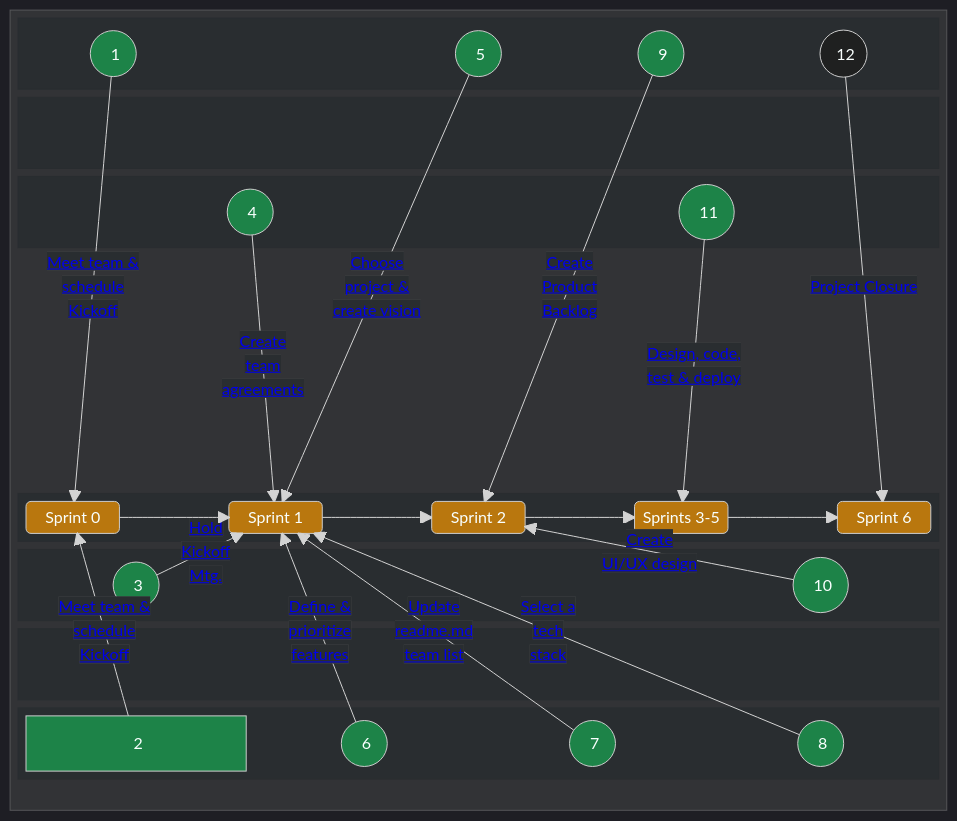
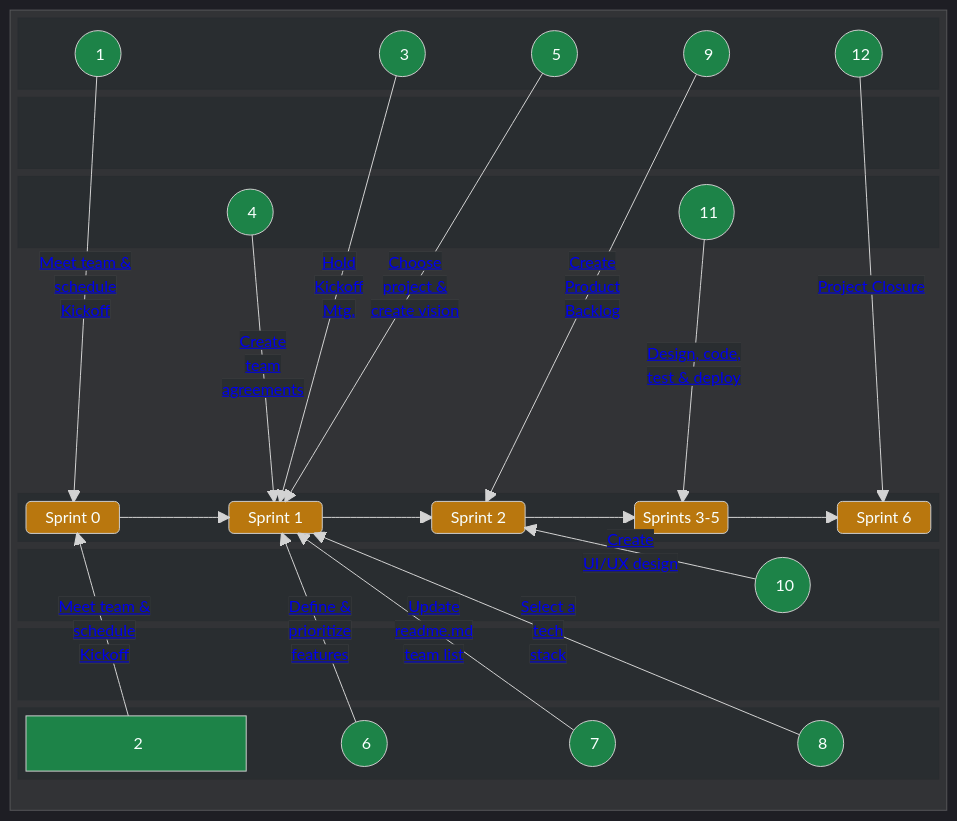
One commit to chingu-voyages/Handbook changed the first of 2 diagrams in docs/guides/voyage/voyage.md. Above: the diagram before and after it, drawn with Mermaid.

Commit message:
Feature: Define Sprint 0 details [WIP]

```diff
--- a/docs/guides/voyage/voyage.md
+++ b/docs/guides/voyage/voyage.md
@@ -81,6 +81,7 @@
         columns 11
         A1(("&nbsp;&nbsp;&nbsp; 1 &nbsp;&nbsp;"))
         space
+        A3(("&nbsp;&nbsp;&nbsp; 3 &nbsp;&nbsp;"))
         A5(("&nbsp;&nbsp;&nbsp; 5 &nbsp;&nbsp;"))
         A9(("&nbsp;&nbsp;&nbsp; 9 &nbsp;&nbsp;"))
         A12(("&nbsp;&nbsp;&nbsp;12 &nbsp;"))
@@ -110,7 +111,6 @@
       end
       block:BOTTOML1
         columns 11
-        A3(("&nbsp;&nbsp;&nbsp; 3 &nbsp;&nbsp;"))
         space
         space
         A10(("&nbsp;&nbsp;&nbsp; 10 &nbsp;&nbsp;")) 
@@ -164,6 +164,7 @@
     style A9 color:#f0f6fc,fill:#1d8348
     style A10 color:#f0f6fc,fill:#1d8348
     style A11 color:#f0f6fc,fill:#1d8348
+    style A12 color:#f0f6fc,fill:#1d8348
 
     style SPRINT0 color:#f0f6fc,fill:#b9770e
     style SPRINT1 color:#f0f6fc,fill:#b9770e
```
